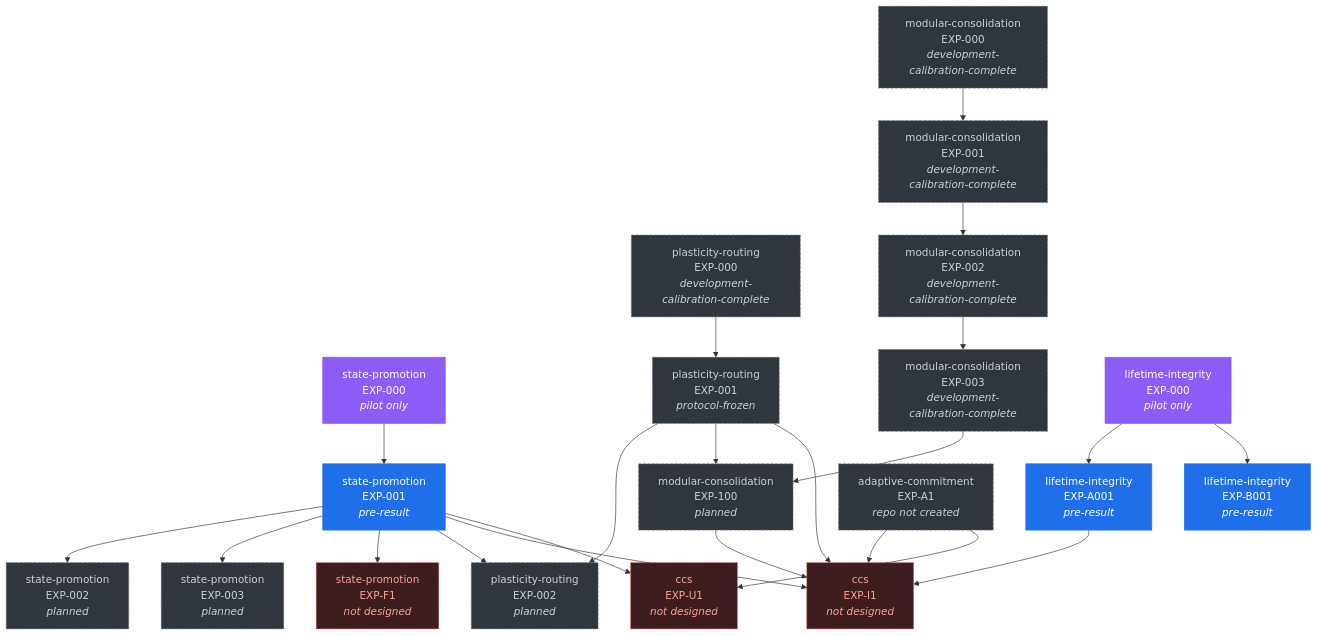
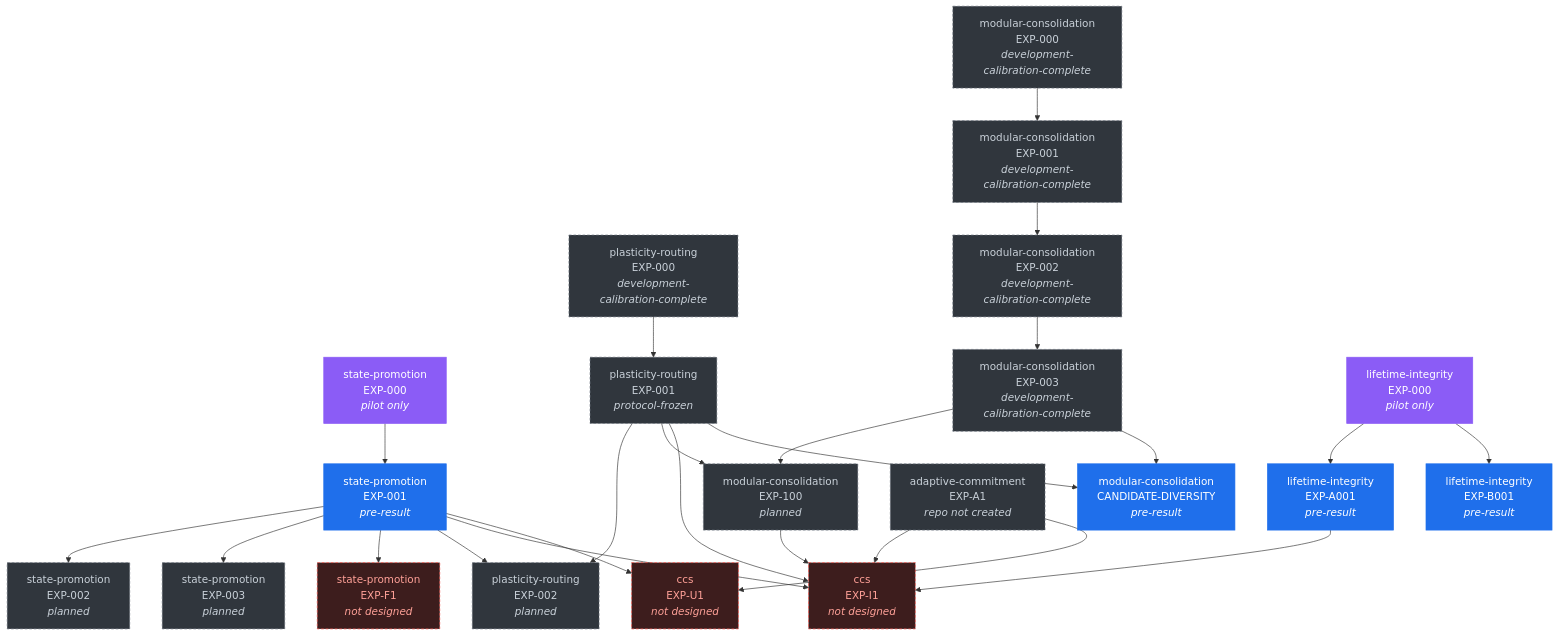
One commit to in-c0/consolidating-cognitive-substrate changed the diagram in docs/DEPENDENCY-DAG.md. Above: the diagram before and after it, drawn with Mermaid. The commit also changed other lines of this file and 7 other files, not shown here.

First line of the commit message:
Follow-up: D7/D8/D9 resolution and CCS-C13 candidate diversity

````diff
--- a/docs/DEPENDENCY-DAG.md
+++ b/docs/DEPENDENCY-DAG.md
@@ -14,68 +14,72 @@
 ```mermaid
 graph TD
   state_promotion_EXP_000["state-promotion<br/>EXP-000<br/><i>pilot only</i>"]
   class state_promotion_EXP_000 pilot;
   state_promotion_EXP_001["state-promotion<br/>EXP-001<br/><i>pre-result</i>"]
   class state_promotion_EXP_001 active;
   state_promotion_EXP_002["state-promotion<br/>EXP-002<br/><i>planned</i>"]
   class state_promotion_EXP_002 planned;
   state_promotion_EXP_003["state-promotion<br/>EXP-003<br/><i>planned</i>"]
   class state_promotion_EXP_003 planned;
   state_promotion_EXP_F1["state-promotion<br/>EXP-F1<br/><i>not designed</i>"]
   class state_promotion_EXP_F1 undesigned;
   plasticity_routing_EXP_000["plasticity-routing<br/>EXP-000<br/><i>development-calibration-complete</i>"]
   class plasticity_routing_EXP_000 planned;
   plasticity_routing_EXP_001["plasticity-routing<br/>EXP-001<br/><i>protocol-frozen</i>"]
   class plasticity_routing_EXP_001 planned;
   plasticity_routing_EXP_002["plasticity-routing<br/>EXP-002<br/><i>planned</i>"]
   class plasticity_routing_EXP_002 planned;
   modular_consolidation_EXP_000["modular-consolidation<br/>EXP-000<br/><i>development-calibration-complete</i>"]
   class modular_consolidation_EXP_000 planned;
   modular_consolidation_EXP_001["modular-consolidation<br/>EXP-001<br/><i>development-calibration-complete</i>"]
   class modular_consolidation_EXP_001 planned;
   modular_consolidation_EXP_002["modular-consolidation<br/>EXP-002<br/><i>development-calibration-complete</i>"]
   class modular_consolidation_EXP_002 planned;
   modular_consolidation_EXP_003["modular-consolidation<br/>EXP-003<br/><i>development-calibration-complete</i>"]
   class modular_consolidation_EXP_003 planned;
   modular_consolidation_EXP_100["modular-consolidation<br/>EXP-100<br/><i>planned</i>"]
   class modular_consolidation_EXP_100 planned;
   lifetime_integrity_EXP_000["lifetime-integrity<br/>EXP-000<br/><i>pilot only</i>"]
   class lifetime_integrity_EXP_000 pilot;
   lifetime_integrity_EXP_A001["lifetime-integrity<br/>EXP-A001<br/><i>pre-result</i>"]
   class lifetime_integrity_EXP_A001 active;
   lifetime_integrity_EXP_B001["lifetime-integrity<br/>EXP-B001<br/><i>pre-result</i>"]
   class lifetime_integrity_EXP_B001 active;
   ccs_EXP_I1["ccs<br/>EXP-I1<br/><i>not designed</i>"]
   class ccs_EXP_I1 undesigned;
   adaptive_commitment_EXP_A1["adaptive-commitment<br/>EXP-A1<br/><i>repo not created</i>"]
   class adaptive_commitment_EXP_A1 planned;
   ccs_EXP_U1["ccs<br/>EXP-U1<br/><i>not designed</i>"]
   class ccs_EXP_U1 undesigned;
+  modular_consolidation_CANDIDATE_DIVERSITY["modular-consolidation<br/>CANDIDATE-DIVERSITY<br/><i>pre-result</i>"]
+  class modular_consolidation_CANDIDATE_DIVERSITY active;
 
   state_promotion_EXP_000 --> state_promotion_EXP_001
   state_promotion_EXP_001 --> state_promotion_EXP_002
   state_promotion_EXP_001 --> state_promotion_EXP_003
   state_promotion_EXP_001 --> state_promotion_EXP_F1
   plasticity_routing_EXP_000 --> plasticity_routing_EXP_001
   plasticity_routing_EXP_001 --> plasticity_routing_EXP_002
   state_promotion_EXP_001 --> plasticity_routing_EXP_002
   modular_consolidation_EXP_000 --> modular_consolidation_EXP_001
   modular_consolidation_EXP_001 --> modular_consolidation_EXP_002
   modular_consolidation_EXP_002 --> modular_consolidation_EXP_003
   modular_consolidation_EXP_003 --> modular_consolidation_EXP_100
   plasticity_routing_EXP_001 --> modular_consolidation_EXP_100
   lifetime_integrity_EXP_000 --> lifetime_integrity_EXP_A001
   lifetime_integrity_EXP_000 --> lifetime_integrity_EXP_B001
   state_promotion_EXP_001 --> ccs_EXP_I1
   plasticity_routing_EXP_001 --> ccs_EXP_I1
   adaptive_commitment_EXP_A1 --> ccs_EXP_I1
   modular_consolidation_EXP_100 --> ccs_EXP_I1
   lifetime_integrity_EXP_A001 --> ccs_EXP_I1
   state_promotion_EXP_001 --> ccs_EXP_U1
   adaptive_commitment_EXP_A1 --> ccs_EXP_U1
+  modular_consolidation_EXP_003 --> modular_consolidation_CANDIDATE_DIVERSITY
+  plasticity_routing_EXP_001 --> modular_consolidation_CANDIDATE_DIVERSITY
 
   classDef active fill:#1f6feb,stroke:#1f6feb,color:#fff;
   classDef pilot fill:#8b5cf6,stroke:#8b5cf6,color:#fff;
   classDef planned fill:#30363d,stroke:#6e7681,color:#c9d1d9,stroke-dasharray:4 3;
   classDef undesigned fill:#3d1d1d,stroke:#f85149,color:#ffa198,stroke-dasharray:4 3;
 ```
````
